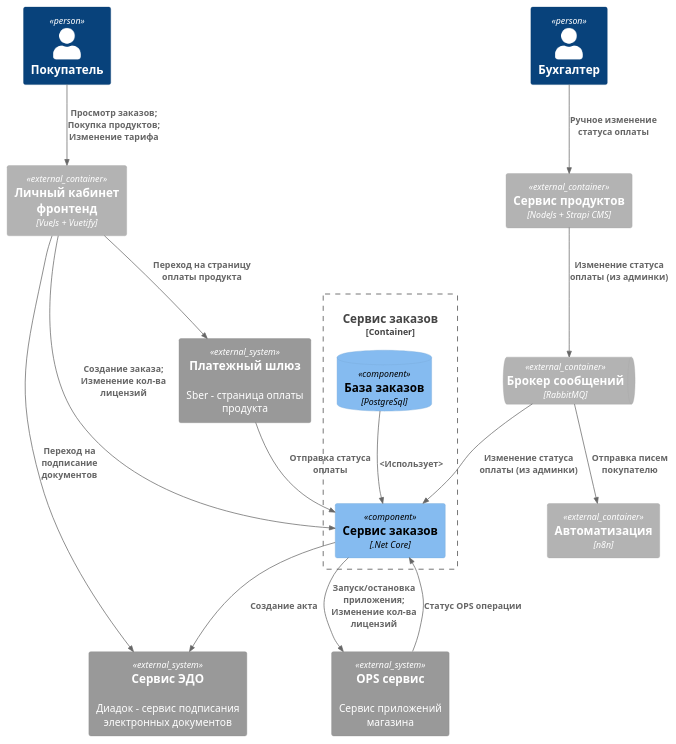
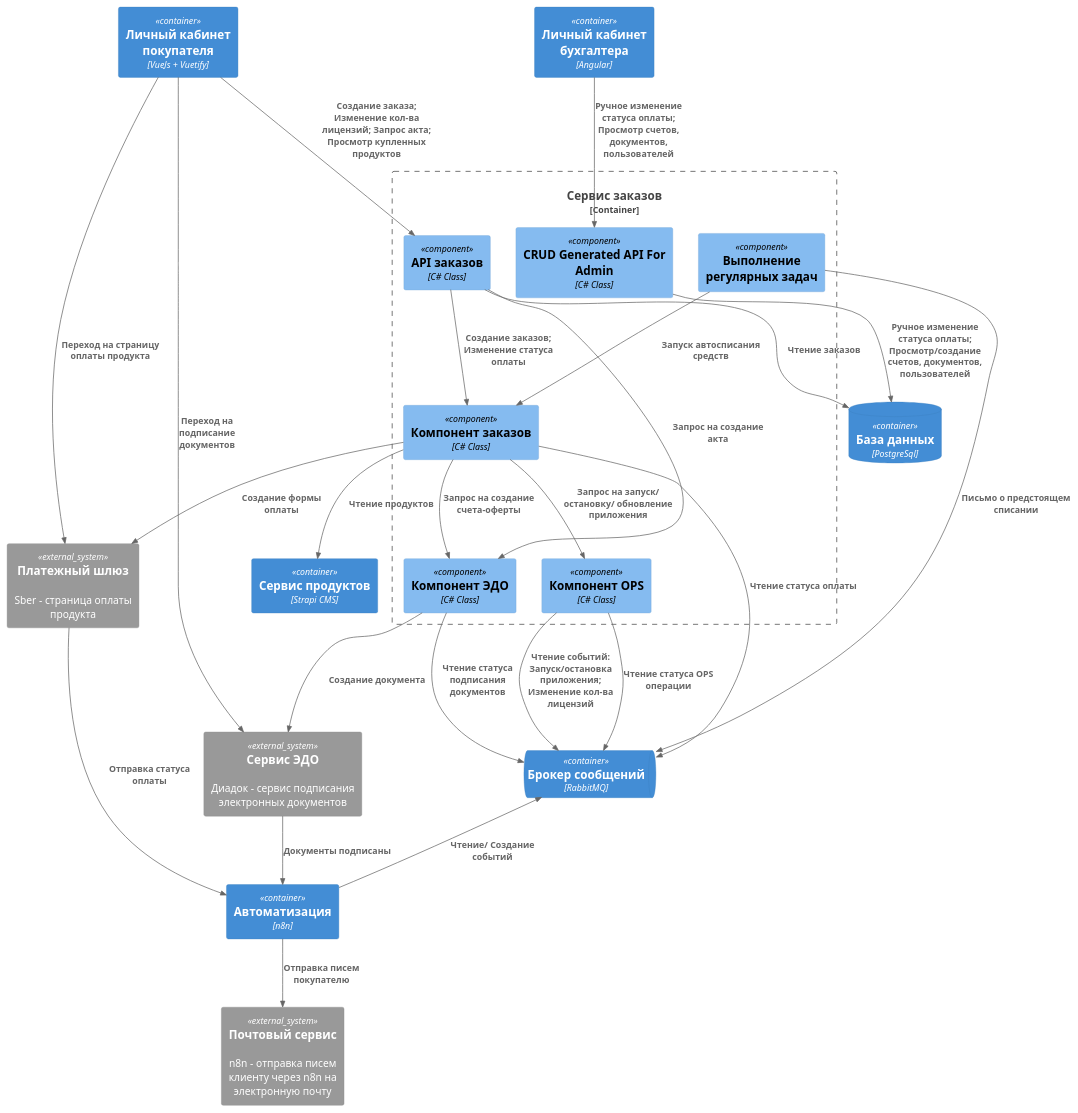
Before and after one commit to kelvionald/saas-shop: the diagram in docs/c4/3.component-service-order.puml, drawn with PlantUML. The commit also changed 4 other files, not shown here.

Commit message:
правки диаграмм

```diff
--- a/docs/c4/3.component-service-order.puml
+++ b/docs/c4/3.component-service-order.puml
@@ -1,43 +1,56 @@
 @startuml
 !include https://raw.githubusercontent.com/plantuml-stdlib/C4-PlantUML/master/C4_Component.puml
 
-Person(user_customer, "Покупатель")
-Person(user_accountant, "Бухгалтер")
-
+System_Ext(system_email, "Почтовый сервис", "n8n - отправка писем клиенту через n8n на электронную почту")
 System_Ext(system_bank, "Платежный шлюз", "Sber - страница оплаты продукта")
 System_Ext(system_docs, "Сервис ЭДО", "Диадок - сервис подписания электронных документов")
-System_Ext(system_ops, "OPS сервис", "Сервис приложений магазина")
 
-ContainerQueue_Ext(system_queue, "Брокер сообщений", "RabbitMQ")
-Container_Ext(system_flow, "Автоматизация", "n8n")
+ContainerQueue(system_queue, "Брокер сообщений", "RabbitMQ")
+Container(system_flow, "Автоматизация", "n8n")
 
-Container_Ext(system_admin, "Сервис продуктов", "NodeJs + Strapi CMS")
+Container(system_admin, "Сервис продуктов", "Strapi CMS")
 
-Container_Ext(system_account_front, "Личный кабинет фронтенд", "VueJs + Vuetify")
+Container(system_account_front, "Личный кабинет покупателя", "VueJs + Vuetify")
+Container(container_accountant_admin, "Личный кабинет бухгалтера", "Angular")
 
-Container_Boundary(container_order, "Сервис заказов") {
-    Component(component_order, "Сервис заказов", ".Net Core")
-    ComponentDb(component_order_db, "База заказов", "PostgreSql")
+ContainerDb(container_db, "База данных", "PostgreSql")
+
+Container_Boundary(system_admin1, "Сервис заказов") {
+    Component(system_billing, "API заказов", "C# Class")
+    Component(component_billing, "Компонент заказов", "C# Class")
+    Component(component_docs, "Компонент ЭДО", "C# Class")
+    Component(component_ops, "Компонент OPS", "C# Class")
+    Component(component_crud, "CRUD Generated API For Admin", "C# Class")
+    Component(component_cron, "Выполнение регулярных задач")
 }
 
-Rel(user_accountant, system_admin, "Ручное изменение статуса оплаты")
-Rel(system_admin, system_queue, "Изменение статуса оплаты (из админки)")
-
-Rel(system_queue, component_order, "Изменение статуса оплаты (из админки)")
-Rel(component_order, system_ops, "Запуск/остановка приложения; Изменение кол-ва лицензий")
-
-Rel(system_account_front, component_order, "Создание заказа; Изменение кол-ва лицензий")
-Rel(user_customer, system_account_front, "Просмотр заказов; Покупка продуктов; Изменение тарифа")
+Rel(container_accountant_admin, component_crud, "Ручное изменение статуса оплаты; Просмотр счетов, документов, пользователей")
+Rel(component_crud, container_db, "Ручное изменение статуса оплаты; Просмотр/создание счетов, документов, пользователей")
+Rel(system_billing, component_billing, "Создание заказов; Изменение статуса оплаты")
+Rel(component_billing, system_admin, "Чтение продуктов")
+Rel(system_billing, container_db, "Чтение заказов")
+Rel(system_account_front, system_billing, "Создание заказа; Изменение кол-ва лицензий; Запрос акта; Просмотр купленных продуктов")
+Rel(component_cron, component_billing, "Запуск автосписания средств")
+Rel(component_cron, system_queue, "Письмо о предстоящем списании")
 
 Rel(system_account_front, system_bank, "Переход на страницу оплаты продукта")
-Rel(system_bank, component_order, "Отправка статуса оплаты")
+Rel(component_billing,  system_bank, "Создание формы оплаты")
+Rel(component_billing,  system_queue, "Чтение статуса оплаты")
+Rel(component_billing,  component_ops, "Запрос на запуск/ остановку/ обновление приложения")
+Rel(component_billing,  component_docs, "Запрос на создание счета-оферты")
+Rel(system_billing,  component_docs, "Запрос на создание акта")
+Rel(system_bank, system_flow, "Отправка статуса оплаты")
 
-Rel(system_queue, system_flow, "Отправка писем покупателю")
+Rel(system_flow, system_email, "Отправка писем покупателю")
 
 Rel(system_account_front, system_docs, "Переход на подписание документов")
-Rel(component_order, system_docs, "Создание акта")
-Rel(system_ops, component_order, "Статус OPS операции")
+Rel(component_docs, system_docs, "Создание документа")
 
-Rel(component_order_db, component_order, "<Использует>")
+Rel(component_docs, system_queue, "Чтение статуса подписания документов")
+Rel_U(system_flow, system_queue, "Чтение/ Создание событий")
+Rel(component_ops, system_queue, "Чтение статуса OPS операции")
+Rel(component_ops, system_queue, "Чтение событий: Запуск/остановка приложения; Изменение кол-ва лицензий")
+
+Rel(system_docs, system_flow, "Документы подписаны")
 
 @enduml
```
